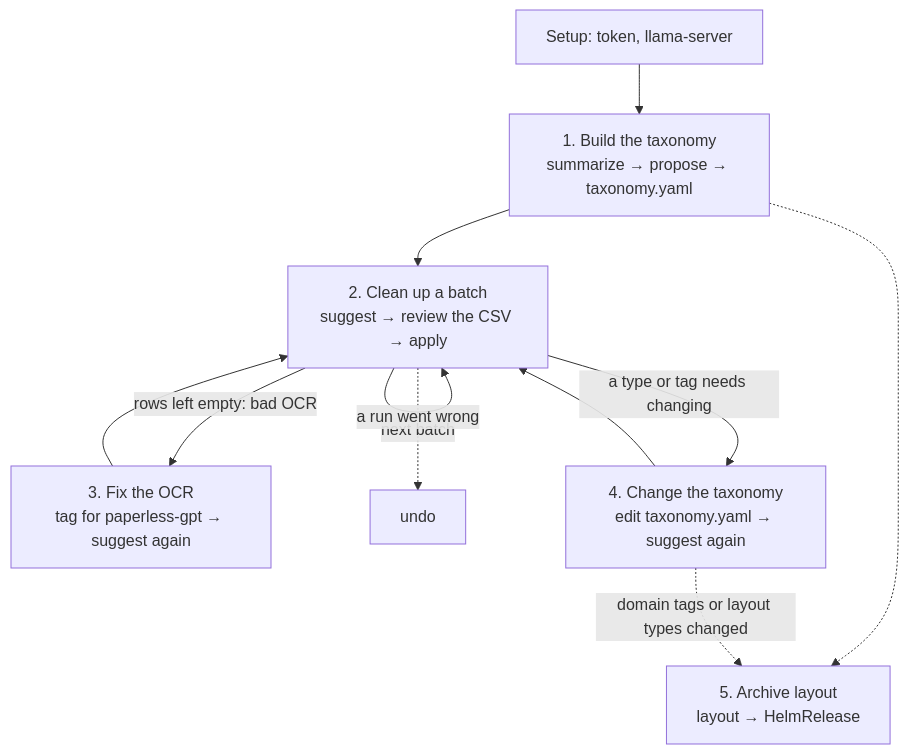
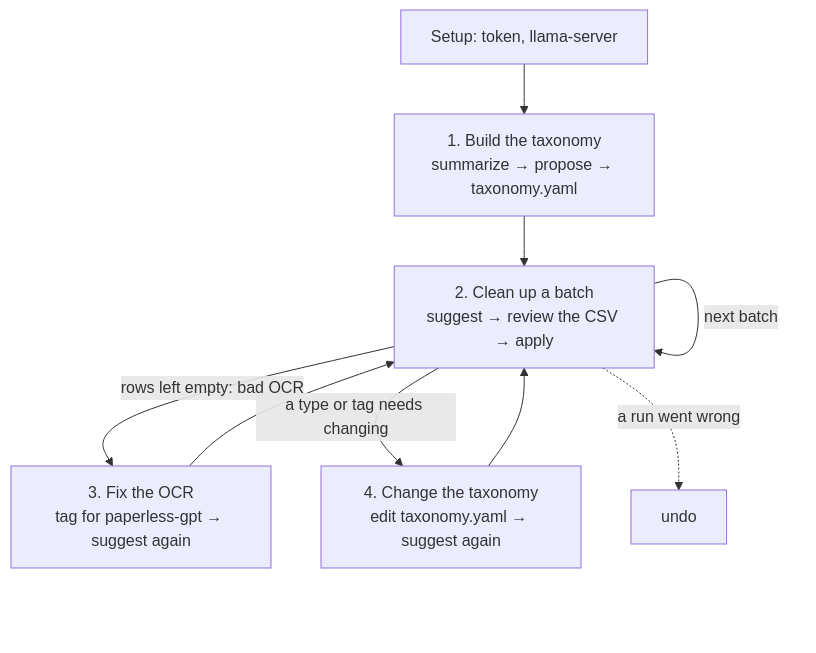
The first of 6 diagrams in kubernetes/apps/default/paperless/tools/README.md (qnimbus/home-lab), drawn with Mermaid before and after one commit. The commit also changed other lines of this file and 3 other files, not shown here.

````diff
--- a/kubernetes/apps/default/paperless/tools/README.md
+++ b/kubernetes/apps/default/paperless/tools/README.md
@@ -36,13 +36,11 @@
 ```mermaid
 flowchart TD
   setup["Setup: token, llama-server"] --> w1
   w1["1. Build the taxonomy<br/>summarize → propose → taxonomy.yaml"] --> w2
   w2["2. Clean up a batch<br/>suggest → review the CSV → apply"] -->|next batch| w2
   w2 -->|rows left empty: bad OCR| w3["3. Fix the OCR<br/>tag for paperless-gpt → suggest again"]
   w3 --> w2
   w2 -->|a type or tag needs changing| w4["4. Change the taxonomy<br/>edit taxonomy.yaml → suggest again"]
   w4 --> w2
-  w1 -.-> w5["5. Archive layout<br/>layout → HelmRelease"]
-  w4 -.->|domain tags or layout types changed| w5
   w2 -.->|a run went wrong| undo["undo"]
 ```
````
